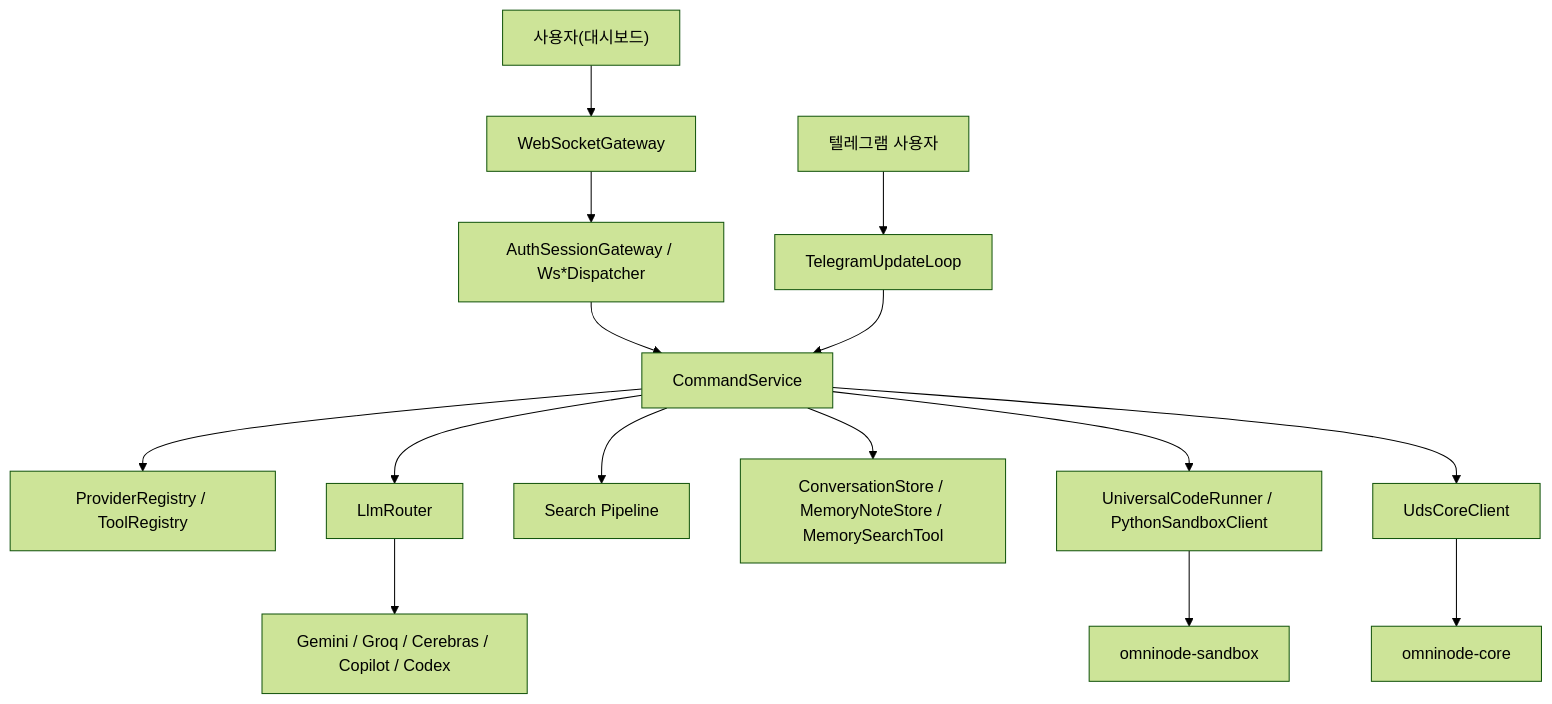
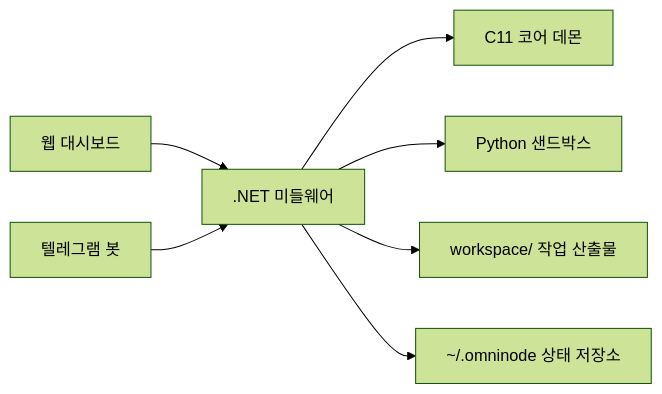
One commit to Tunelts3852/Omni-node changed the diagram in README.md. Above: the diagram before and after it, drawn with Mermaid (forest theme). The commit also changed other lines of this file and 259 other files, not shown here.

````diff
--- a/README.md
+++ b/README.md
@@ -69,17 +262,9 @@
 ```mermaid
-flowchart TD
-    U["사용자(대시보드)"] --> G["WebSocketGateway"]
-    T["텔레그램 사용자"] --> TL["TelegramUpdateLoop"]
-    G --> AUTH["AuthSessionGateway / Ws*Dispatcher"]
-    AUTH --> CS["CommandService"]
-    TL --> CS
-    CS --> PR["ProviderRegistry / ToolRegistry"]
-    CS --> LR["LlmRouter"]
-    CS --> SG["Search Pipeline"]
-    CS --> MEM["ConversationStore / MemoryNoteStore / MemorySearchTool"]
-    CS --> CODE["UniversalCodeRunner / PythonSandboxClient"]
-    CS --> UDS["UdsCoreClient"]
-    LR --> P["Gemini / Groq / Cerebras / Copilot / Codex"]
-    UDS --> CORE["omninode-core"]
-    CODE --> SB["omninode-sandbox"]
+flowchart LR
+    UI["웹 대시보드"] --> MW[".NET 미들웨어"]
+    TG["텔레그램 봇"] --> MW
+    MW --> CORE["C11 코어 데몬"]
+    MW --> SB["Python 샌드박스"]
+    MW --> WS["workspace/ 작업 산출물"]
+    MW --> STATE["~/.omninode 상태 저장소"]
 ```
````
